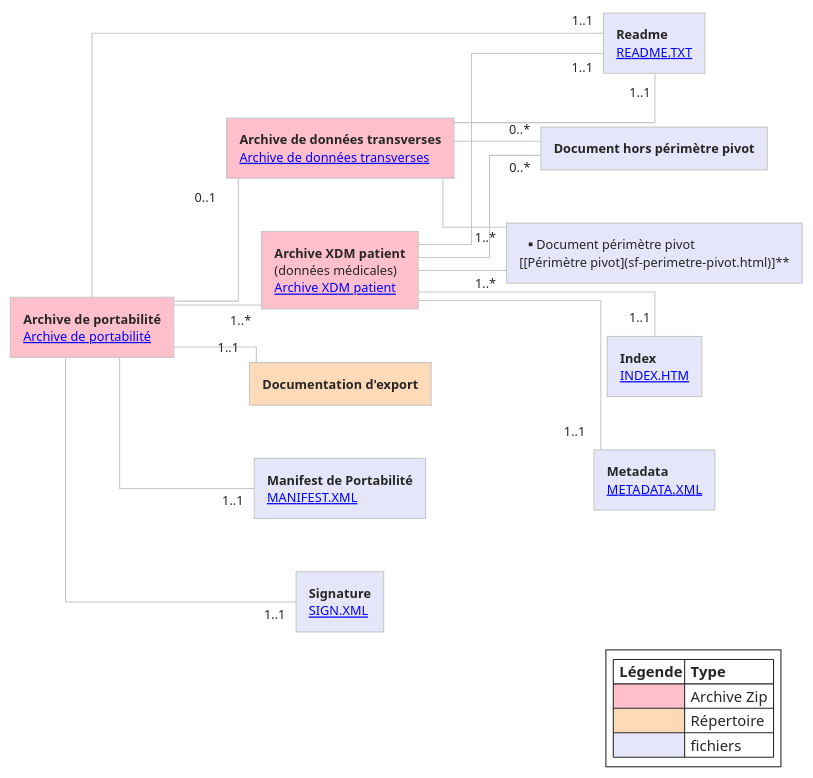
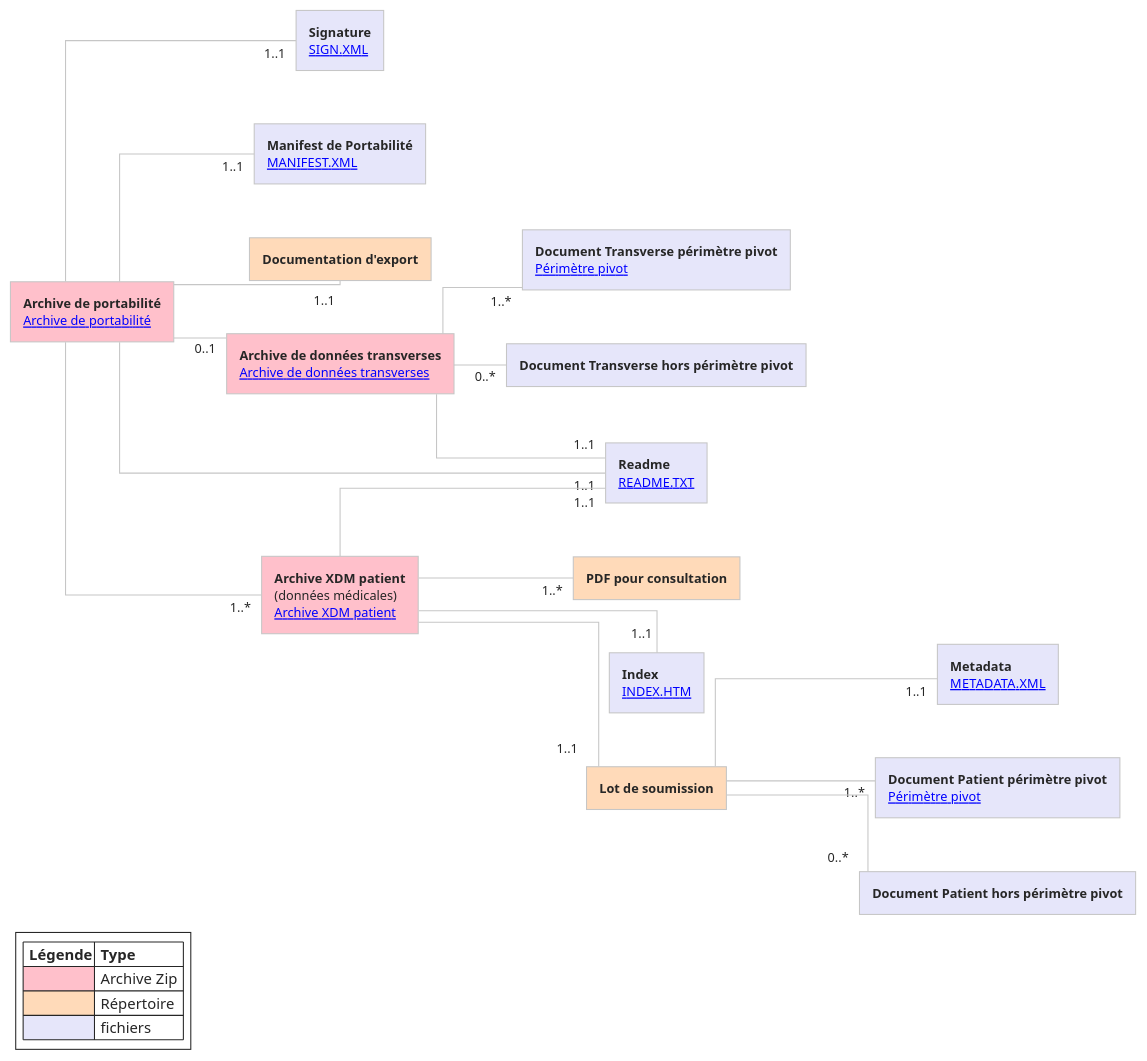
The diagram in input/images-source/sf-concepts-portabilite.plantuml (ansforge/interop-ig-portabilite), drawn with PlantUML before and after one commit. The commit also changed 3 other files, not shown here.

Commit message:
Ajout répertoire PDF + metadata fsh

```diff
--- a/input/images-source/sf-concepts-portabilite.plantuml
+++ b/input/images-source/sf-concepts-portabilite.plantuml
@@ -1,55 +1,67 @@
 @startuml sf-concepts-portabilite
 !theme carbon-gray
 skinparam classAttributeIconSize 0
 skinparam classAttributeFontSize 10
 skinparam padding 2
 skinparam noteFontSize 11
 left to right direction
 skinparam ranksep 50
 skinparam nodesep 50
 skinparam linetype ortho
 
 ''Archives ZIP''
-rectangle "**Archive de portabilité**\n[[StructureDefinition-pdlgc-archive-portabilite Archive de portabilité]]" as export #Pink
-rectangle "**Archive XDM patient**\n(données médicales)\n[[StructureDefinition-pdlgc-archive-patient Archive XDM patient]]" as archivepat #Pink
-rectangle "**Archive de données transverses**\n[[StructureDefinition-pdlgc-archive-transverse Archive de données transverses]]" as transverse #Pink
 
 ''Répertoire
-rectangle "**Documentation d'export**" as doc #PeachPuff
+
+
+
 
 ''Fichiers''
+rectangle "**Archive de portabilité**\n[[StructureDefinition-pdlgc-archive-portabilite Archive de portabilité]]" as export #Pink
+rectangle "**Signature**\n[[StructureDefinition-pdlgc-signature SIGN.XML]]" as signature #Lavender
 rectangle "**Manifest de Portabilité**\n[[StructureDefinition-pdlgc-manifest MANIFEST.XML]]" as manifest #Lavender
+rectangle "**Documentation d'export**" as doc #PeachPuff
 rectangle "**Readme**\n[[StructureDefinition-pdlgc-readme README.TXT]]" as readme #Lavender
-rectangle "**Signature**\n[[StructureDefinition-pdlgc-signature SIGN.XML]]" as signature #Lavender
+
+rectangle "**Archive de données transverses**\n[[StructureDefinition-pdlgc-archive-transverse Archive de données transverses]]" as transverse #Pink
+rectangle "**Document Transverse périmètre pivot**\n[[sf-perimetre-pivot.html Périmètre pivot]]" as Tpivot #Lavender
+rectangle "**Document Transverse hors périmètre pivot**" as Thorspivot #Lavender
+
+rectangle "**Archive XDM patient**\n(données médicales)\n[[StructureDefinition-pdlgc-archive-patient Archive XDM patient]]" as archivepat #Pink
+rectangle "**PDF pour consultation**" as PDF #PeachPuff
+rectangle "**Index**\n[[StructureDefinition-pdlgc-index INDEX.HTM]]" as index #Lavender
+rectangle "**Lot de soumission**" as lot #PeachPuff
 rectangle "**Metadata**\n[[StructureDefinition-pdlgc-metadata METADATA.XML]]" as metadata #Lavender
-rectangle "**Index**\n[[StructureDefinition-pdlgc-index INDEX.HTM]]" as index #Lavender
-rectangle "**Document périmètre pivot\n[[Périmètre pivot](sf-perimetre-pivot.html)]**" as pivot #Lavender
-rectangle "**Document hors périmètre pivot**" as horspivot #Lavender
+rectangle "**Document Patient périmètre pivot**\n[[sf-perimetre-pivot.html Périmètre pivot]]" as Ppivot #Lavender
+rectangle "**Document Patient hors périmètre pivot**" as Phorspivot #Lavender
+
 
 
 ''Liens''
 export -- "1..1" manifest
 export -- "1..1" readme
 export -- "1..1" signature
 export -- "1..*" archivepat
 export -- "0..1" transverse
 export -- "1..1" doc
-archivepat -- "1..1" metadata
-archivepat -- "1..*" pivot
-archivepat -- "0..*" horspivot
 archivepat -- "1..1" readme
 archivepat -- "1..1" index
-transverse -- "1..*" pivot
-transverse -- "0..*" horspivot
+archivepat -- "1..1" lot
+archivepat -- "1..*" PDF
+lot -- "1..1" metadata
+lot -- "1..*" Ppivot
+lot -- "0..*" Phorspivot
+transverse -- "1..*" Tpivot
+transverse -- "0..*" Thorspivot
 transverse -- "1..1" readme
 
 
 ''Légende''
-legend right
+legend left
 |= Légende|= Type|
 |<#Pink>| Archive Zip |
 |<#PeachPuff>| Répertoire |
 |<#Lavender>| fichiers |
 endlegend
 
 @enduml
```
